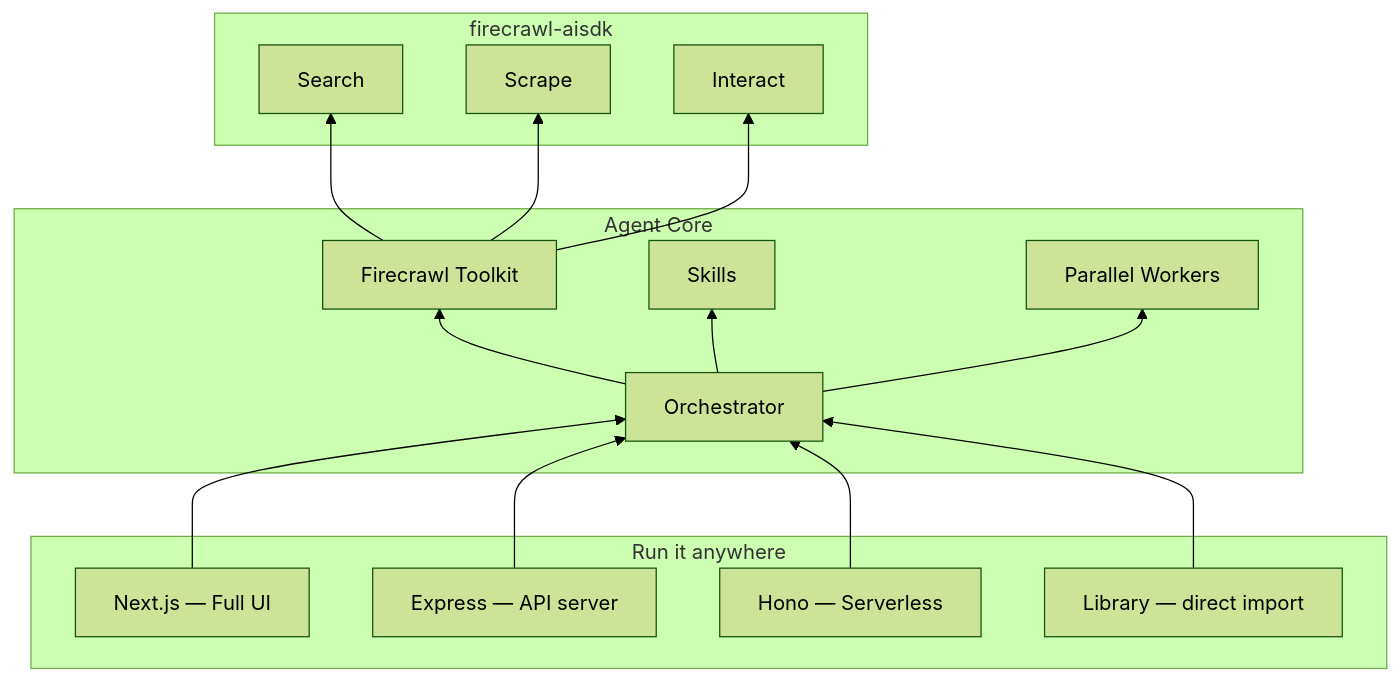
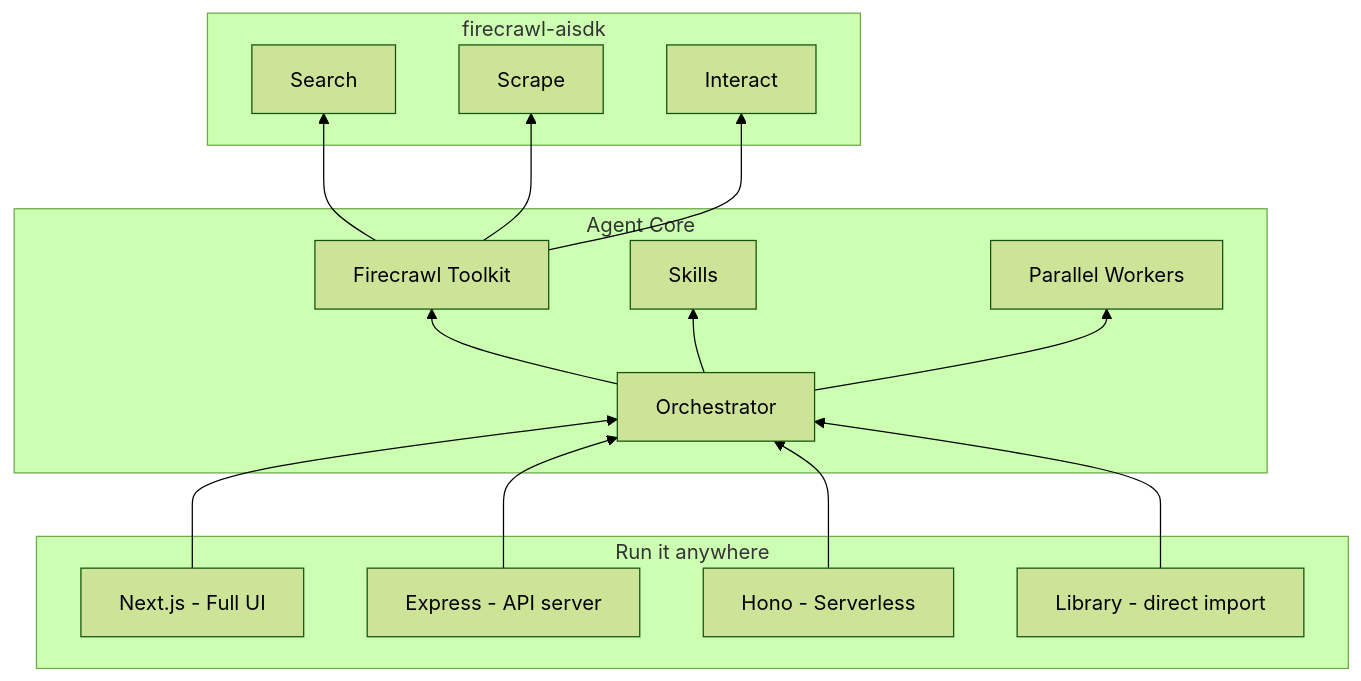
Before and after one commit to AliceBowRyhl/web-agent: the diagram in README.md, drawn with Mermaid (forest theme). The commit also changed other lines of this file and 5 other files, not shown here.

````diff
--- a/README.md
+++ b/README.md
@@ -72,29 +72,29 @@
 ```mermaid
 graph BT
     subgraph "firecrawl-aisdk"
         SEARCH[Search]
         SCRAPE[Scrape]
         INTERACT[Interact]
     end
 
     subgraph "Agent Core"
         TOOLKIT[Firecrawl Toolkit] --> SEARCH
         TOOLKIT --> SCRAPE
         TOOLKIT --> INTERACT
         ORC[Orchestrator] --> TOOLKIT
         ORC --> SKILLS[Skills]
         ORC --> WORKERS[Parallel Workers]
     end
 
     subgraph "Run it anywhere"
-        NEXT["Next.js — Full UI"]
-        EXPRESS["Express — API server"]
-        HONO["Hono — Serverless"]
-        LIB["Library — direct import"]
+        NEXT["Next.js - Full UI"]
+        EXPRESS["Express - API server"]
+        HONO["Hono - Serverless"]
+        LIB["Library - direct import"]
     end
 
     NEXT --> ORC
     EXPRESS --> ORC
     HONO --> ORC
     LIB --> ORC
 ```
````
